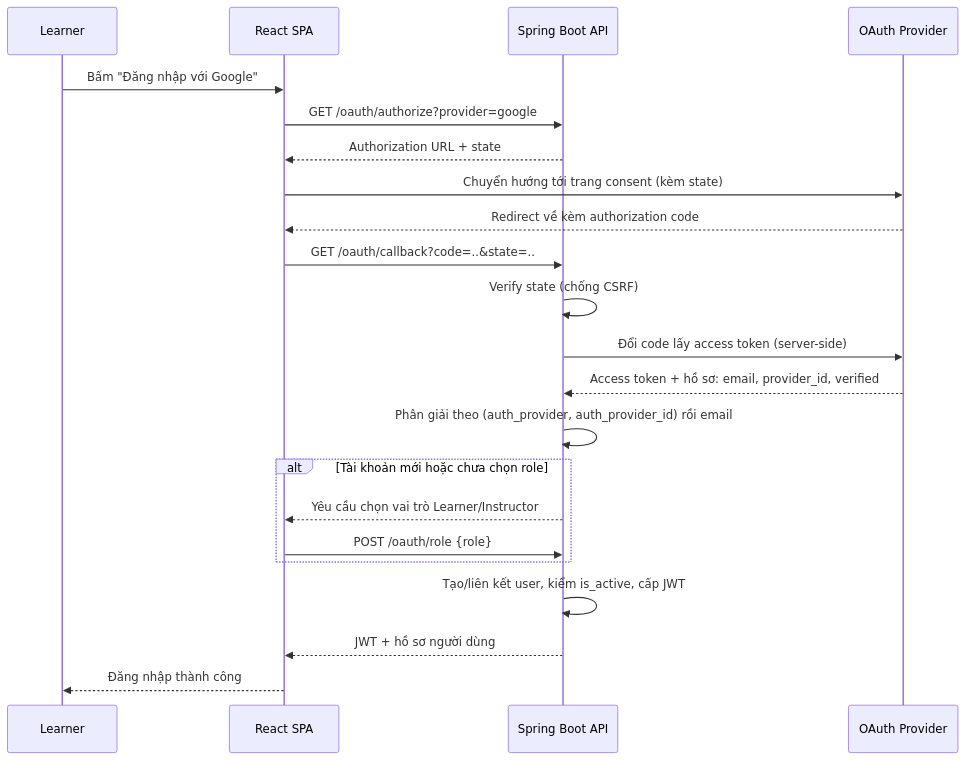
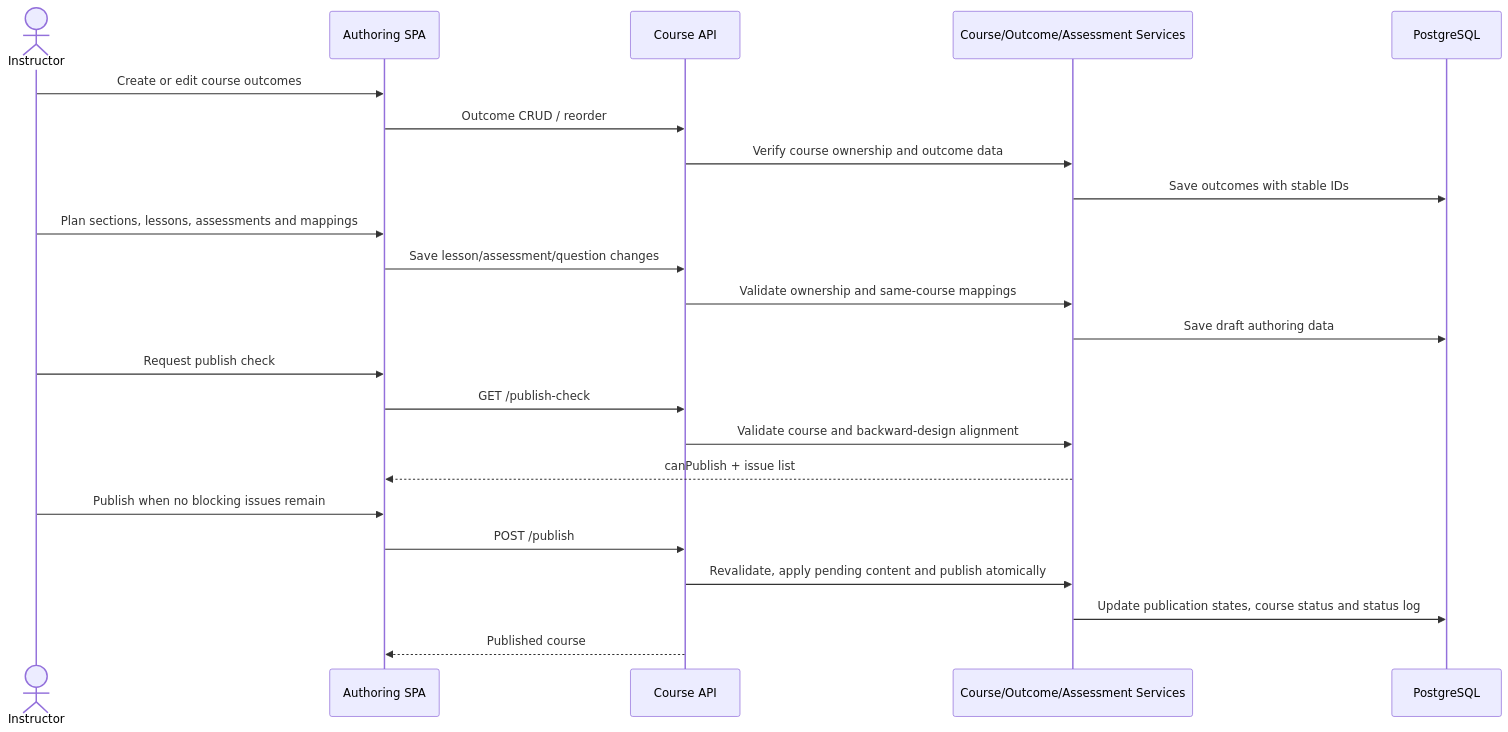
One commit to The3Idiots01/ELearning changed the first of 3 diagrams in docs/lld.md. Above: the diagram before and after it, drawn with Mermaid. The commit also changed other lines of this file and 5 other files, not shown here.

````diff
--- a/docs/lld.md
+++ b/docs/lld.md
@@ -36,25 +32,26 @@
 ```mermaid
 sequenceDiagram
-    participant U as Learner
-    participant FE as React SPA
-    participant BE as Spring Boot API
-    participant P as OAuth Provider
+    actor I as Instructor
+    participant FE as Authoring SPA
+    participant API as Course API
+    participant S as Course/Outcome/Assessment Services
+    participant DB as PostgreSQL
 
-    U->>FE: Bấm "Đăng nhập với Google"
-    FE->>BE: GET /oauth/authorize?provider=google
-    BE-->>FE: Authorization URL + state
-    FE->>P: Chuyển hướng tới trang consent (kèm state)
-    P-->>FE: Redirect về kèm authorization code
-    FE->>BE: GET /oauth/callback?code=..&state=..
-    BE->>BE: Verify state (chống CSRF)
-    BE->>P: Đổi code lấy access token (server-side)
-    P-->>BE: Access token + hồ sơ: email, provider_id, verified
-    BE->>BE: Phân giải theo (auth_provider, auth_provider_id) rồi email
-    alt Tài khoản mới hoặc chưa chọn role
-        BE-->>FE: Yêu cầu chọn vai trò Learner/Instructor
-        FE->>BE: POST /oauth/role {role}
-    end
-    BE->>BE: Tạo/liên kết user, kiểm is_active, cấp JWT
-    BE-->>FE: JWT + hồ sơ người dùng
-    FE-->>U: Đăng nhập thành công
+    I->>FE: Create or edit course outcomes
+    FE->>API: Outcome CRUD / reorder
+    API->>S: Verify course ownership and outcome data
+    S->>DB: Save outcomes with stable IDs
+    I->>FE: Plan sections, lessons, assessments and mappings
+    FE->>API: Save lesson/assessment/question changes
+    API->>S: Validate ownership and same-course mappings
+    S->>DB: Save draft authoring data
+    I->>FE: Request publish check
+    FE->>API: GET /publish-check
+    API->>S: Validate course and backward-design alignment
+    S-->>FE: canPublish + issue list
+    I->>FE: Publish when no blocking issues remain
+    FE->>API: POST /publish
+    API->>S: Revalidate, apply pending content and publish atomically
+    S->>DB: Update publication states, course status and status log
+    API-->>FE: Published course
 ```
````
